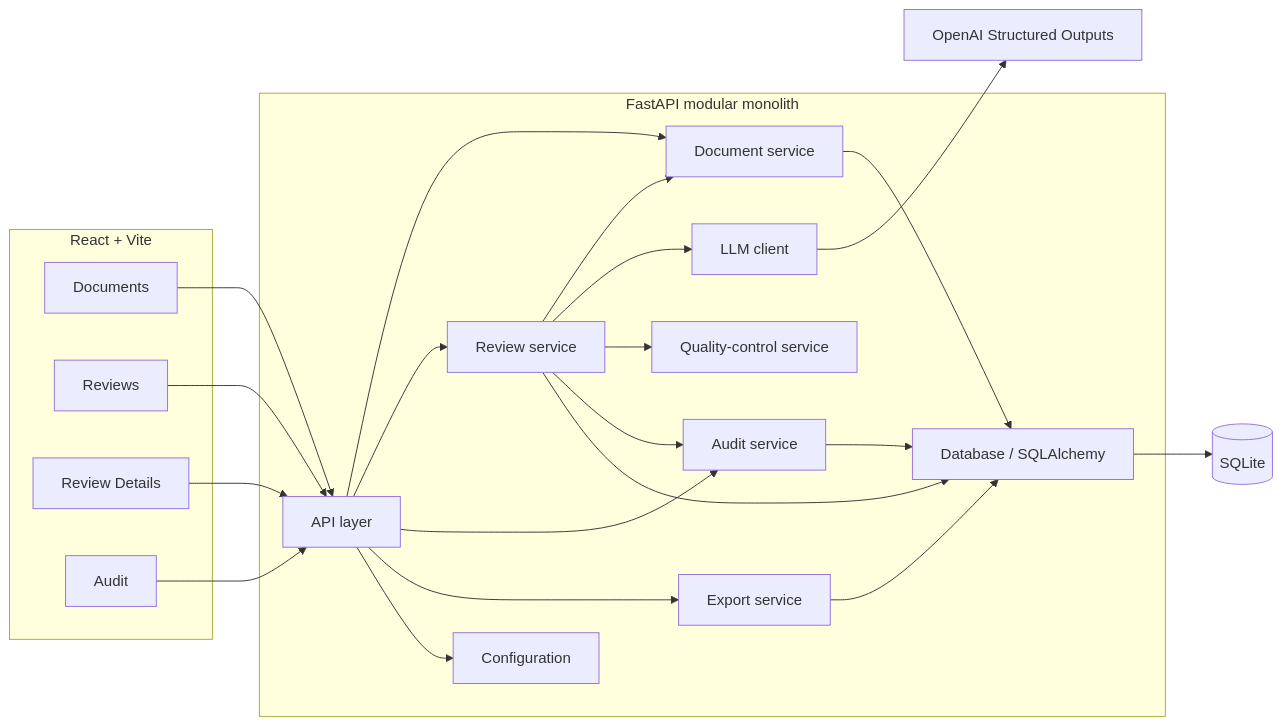
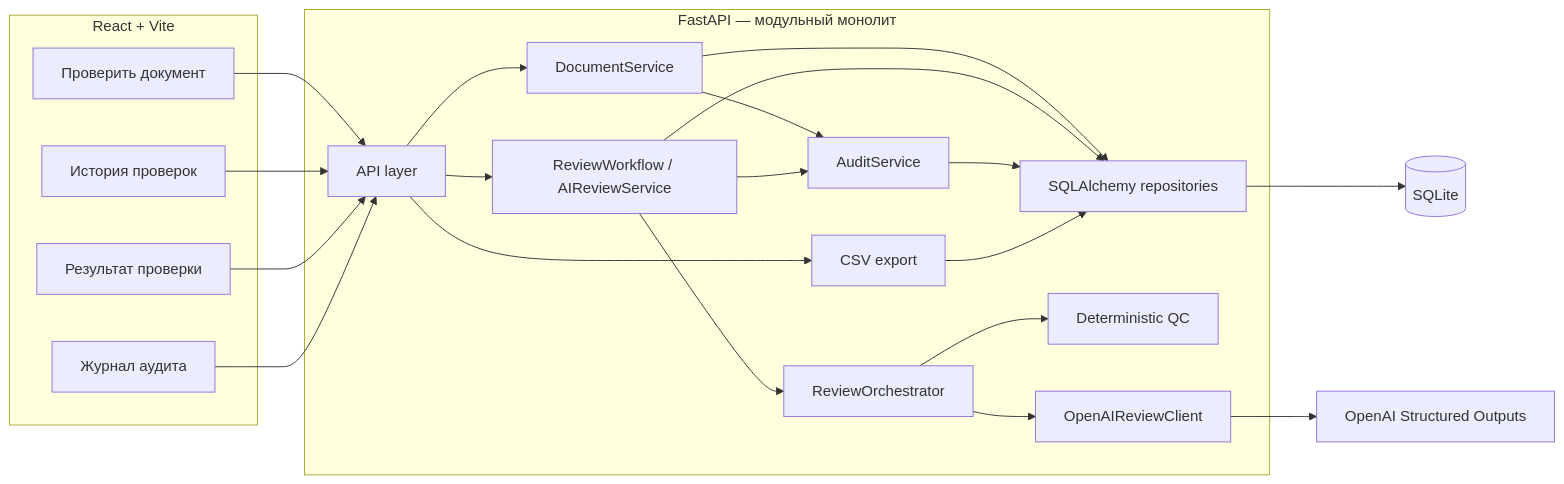
The first of 2 diagrams in docs/ARCHITECTURE.md (eliv1982/ai-spec-review-risk-assistant), drawn with Mermaid before and after one commit. The commit also changed other lines of this file and 6 other files, not shown here.

````diff
--- a/docs/ARCHITECTURE.md
+++ b/docs/ARCHITECTURE.md
@@ -32,46 +35,43 @@
 ```mermaid
 flowchart LR
-  subgraph Frontend["React + Vite"]
-    DocsUI["Documents"]
-    ReviewsUI["Reviews"]
-    DetailUI["Review Details"]
-    AuditUI["Audit"]
+  subgraph UI["React + Vite"]
+    Create["Проверить документ"]
+    History["История проверок"]
+    Detail["Результат проверки"]
+    AuditPage["Журнал аудита"]
   end
 
-  subgraph Backend["FastAPI modular monolith"]
+  subgraph Backend["FastAPI — модульный монолит"]
     API["API layer"]
-    Config["Configuration"]
-    DB["Database / SQLAlchemy"]
-    DocSvc["Document service"]
-    ReviewSvc["Review service"]
-    LLM["LLM client"]
-    QC["Quality-control service"]
-    AuditSvc["Audit service"]
-    ExportSvc["Export service"]
+    DocSvc["DocumentService"]
+    Workflow["ReviewWorkflow / AIReviewService"]
+    Orchestrator["ReviewOrchestrator"]
+    LLM["OpenAIReviewClient"]
+    QC["Deterministic QC"]
+    AuditSvc["AuditService"]
+    Export["CSV export"]
+    DB["SQLAlchemy repositories"]
   end
 
   SQLite[(SQLite)]
   OpenAI["OpenAI Structured Outputs"]
 
-  DocsUI --> API
-  ReviewsUI --> API
-  DetailUI --> API
-  AuditUI --> API
-
+  Create --> API
+  History --> API
+  Detail --> API
+  AuditPage --> API
   API --> DocSvc
-  API --> ReviewSvc
-  API --> AuditSvc
-  API --> ExportSvc
-  API --> Config
-
-  ReviewSvc --> DocSvc
-  ReviewSvc --> LLM
-  ReviewSvc --> QC
-  ReviewSvc --> AuditSvc
+  API --> Workflow
+  API --> Export
+  DocSvc --> AuditSvc
   DocSvc --> DB
-  ReviewSvc --> DB
+  Workflow --> Orchestrator
+  Orchestrator --> LLM
+  LLM --> OpenAI
+  Orchestrator --> QC
+  Workflow --> AuditSvc
+  Workflow --> DB
   AuditSvc --> DB
-  ExportSvc --> DB
+  Export --> DB
   DB --> SQLite
-  LLM --> OpenAI
 ```
````
